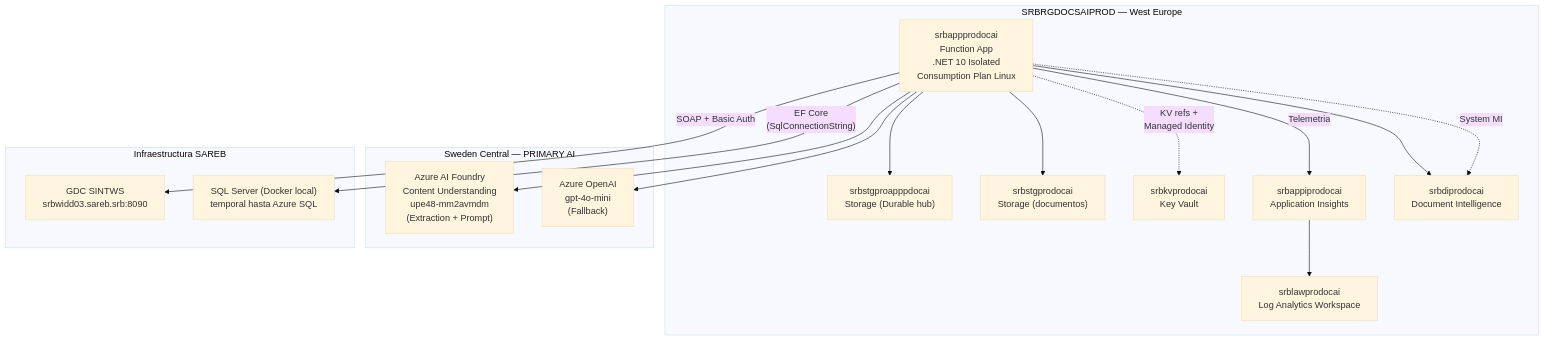
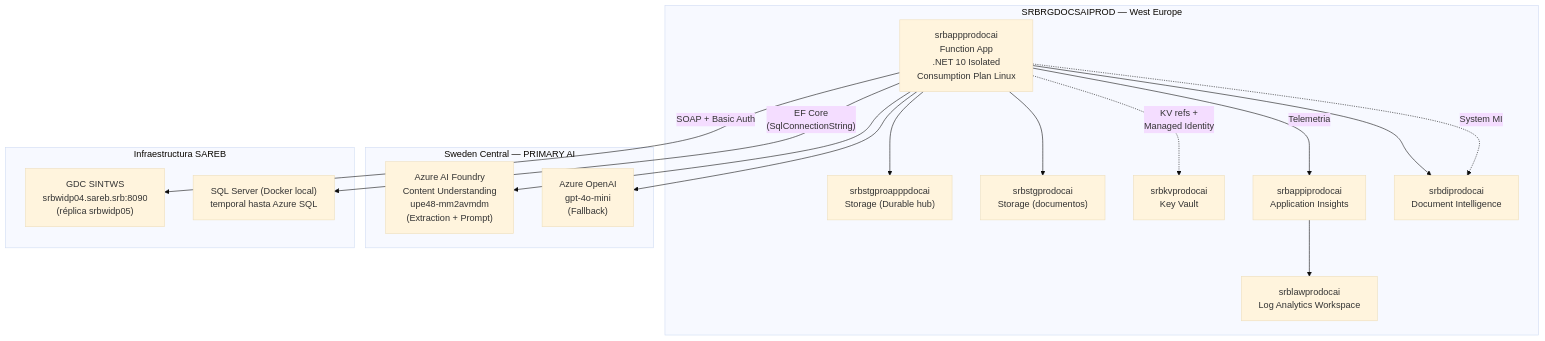
Before and after one commit to nvcrisologo02/AI-DocClassExt: the fourth of 6 diagrams in entrega/2_arquitectura_y_diseno/01_ARQUITECTURA_SISTEMA.md, drawn with Mermaid (base theme). The commit also changed other lines of this file and 15 other files, not shown here.

````diff
--- a/entrega/2_arquitectura_y_diseno/01_ARQUITECTURA_SISTEMA.md
+++ b/entrega/2_arquitectura_y_diseno/01_ARQUITECTURA_SISTEMA.md
@@ -370,35 +370,35 @@
 ```mermaid
 flowchart TB
     subgraph RG["SRBRGDOCSAIPROD — West Europe"]
         FUNCAPP["srbappprodocai<br/>Function App<br/>.NET 10 Isolated<br/>Consumption Plan Linux"]
         STG_HUB["srbstgproapppdocai<br/>Storage (Durable hub)"]
         STG_DOCS["srbstgprodocai<br/>Storage (documentos)"]
         KV["srbkvprodocai<br/>Key Vault"]
         APPINS["srbappiprodocai<br/>Application Insights"]
         LAW["srblawprodocai<br/>Log Analytics Workspace"]
         DI_PROD["srbdiprodocai<br/>Document Intelligence"]
     end
 
     subgraph SwedenCentral["Sweden Central — PRIMARY AI"]
         CU_PROD["Azure AI Foundry<br/>Content Understanding<br/>upe48-mm2avmdm<br/>(Extraction + Prompt)"]
         OAI["Azure OpenAI<br/>gpt-4o-mini<br/>(Fallback)"]
     end
 
     subgraph OnPrem["Infraestructura SAREB"]
-        GDC_PROD["GDC SINTWS<br/>srbwidd03.sareb.srb:8090"]
+        GDC_PROD["GDC SINTWS<br/>srbwidp04.sareb.srb:8090<br/>(réplica srbwidp05)"]
         SQL_TEMP["SQL Server (Docker local)<br/>temporal hasta Azure SQL"]
     end
 
     FUNCAPP --> STG_HUB
     FUNCAPP --> STG_DOCS
     FUNCAPP -.->|"KV refs +<br/>Managed Identity"| KV
     FUNCAPP -->|"Telemetria"| APPINS
     APPINS --> LAW
     FUNCAPP --> DI_PROD
     FUNCAPP --> OAI
     FUNCAPP --> CU_PROD
     FUNCAPP -->|"SOAP + Basic Auth"| GDC_PROD
     FUNCAPP -->|"EF Core<br/>(SqlConnectionString)"| SQL_TEMP
 
     FUNCAPP -.->|"System MI"| DI_PROD
 ```
````
